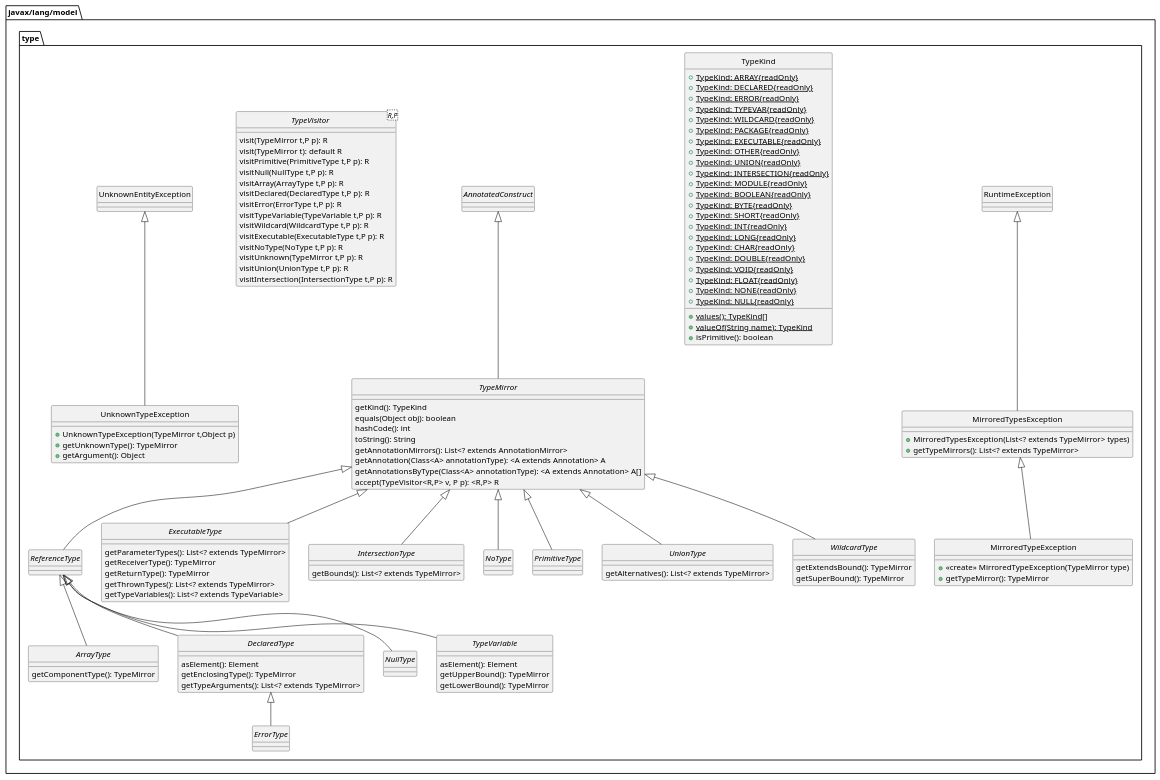
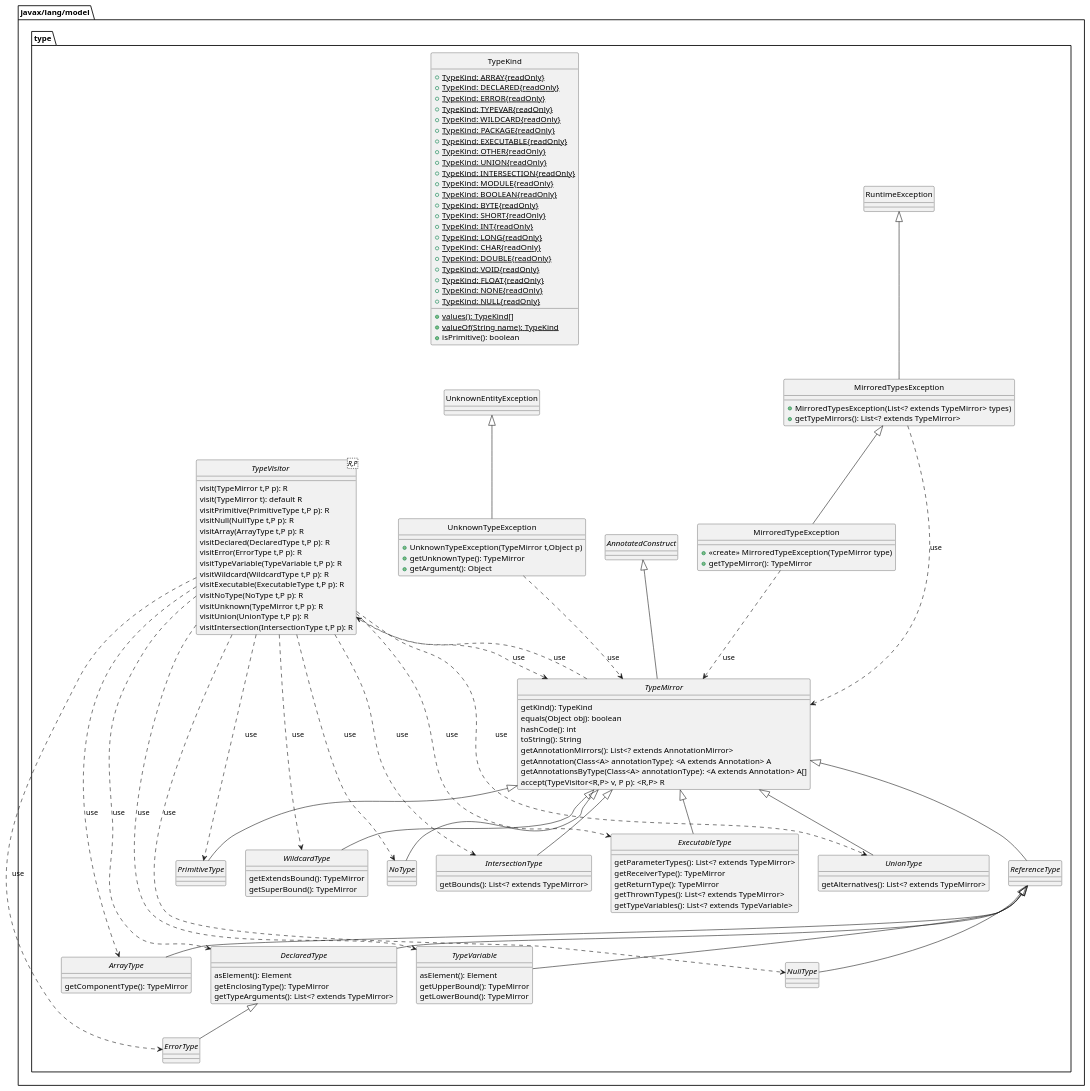
The diagram in uml/DCC javax.lang.model.type.puml (Lykomonix/API-JAVAtoPUML), drawn with PlantUML before and after one commit.

Commit message:
[*]ajout du DCC de javax.lang.model.type

```diff
--- a/uml/DCC javax.lang.model.type.puml
+++ b/uml/DCC javax.lang.model.type.puml
@@ -1,158 +1,176 @@
 @startuml
 'https://plantuml.com/sequence-diagram
 skinparam style Strictuml
 
 
 package javax/lang/model.type
 {
     interface ArrayType extends ReferenceType
     {
         getComponentType(): TypeMirror
     }
 
     interface DeclaredType extends ReferenceType
     {
         asElement(): Element
         getEnclosingType(): TypeMirror
         getTypeArguments(): List<? extends TypeMirror>
     }
 
     interface ErrorType extends DeclaredType
     {
 
     }
 
     interface ExecutableType extends TypeMirror
     {
         getParameterTypes(): List<? extends TypeMirror>
         getReceiverType(): TypeMirror
         getReturnType(): TypeMirror
         getThrownTypes(): List<? extends TypeMirror>
         getTypeVariables(): List<? extends TypeVariable>
     }
 
     interface IntersectionType extends TypeMirror
     {
         getBounds(): List<? extends TypeMirror>
     }
 
     class MirroredTypeException extends MirroredTypesException
     {
         + <<create>> MirroredTypeException(TypeMirror type)
         + getTypeMirror(): TypeMirror
     }
 
     class MirroredTypesException extends RuntimeException
     {
         + MirroredTypesException(List<? extends TypeMirror> types)
         + getTypeMirrors(): List<? extends TypeMirror>
     }
 
     interface NoType extends TypeMirror
     {
 
     }
 
     interface NullType extends ReferenceType
     {
 
     }
 
     interface PrimitiveType extends TypeMirror
     {
 
     }
 
     interface ReferenceType extends TypeMirror
     {
 
     }
 
     enum TypeKind
     {
         {static}+TypeKind: ARRAY{readOnly}
         {static}+TypeKind: DECLARED{readOnly}
         {static}+TypeKind: ERROR{readOnly}
         {static}+TypeKind: TYPEVAR{readOnly}
         {static}+TypeKind: WILDCARD{readOnly}
         {static}+TypeKind: PACKAGE{readOnly}
         {static}+TypeKind: EXECUTABLE{readOnly}
         {static}+TypeKind: OTHER{readOnly}
         {static}+TypeKind: UNION{readOnly}
         {static}+TypeKind: INTERSECTION{readOnly}
         {static}+TypeKind: MODULE{readOnly}
         {static}+TypeKind: BOOLEAN{readOnly}
         {static}+TypeKind: BYTE{readOnly}
         {static}+TypeKind: SHORT{readOnly}
         {static}+TypeKind: INT{readOnly}
         {static}+TypeKind: LONG{readOnly}
         {static}+TypeKind: CHAR{readOnly}
         {static}+TypeKind: DOUBLE{readOnly}
         {static}+TypeKind: VOID{readOnly}
         {static}+TypeKind: FLOAT{readOnly}
         {static}+TypeKind: NONE{readOnly}
         {static}+TypeKind: NULL{readOnly}
         {static}+values(): TypeKind[]
         {static}+valueOf(String name): TypeKind
         +isPrimitive(): boolean
     }
 
     interface TypeMirror extends AnnotatedConstruct
     {
         getKind(): TypeKind
         equals(Object obj): boolean
         hashCode(): int
         toString(): String
         getAnnotationMirrors(): List<? extends AnnotationMirror>
         getAnnotation(Class<A> annotationType): <A extends Annotation> A
         getAnnotationsByType(Class<A> annotationType): <A extends Annotation> A[]
         accept(TypeVisitor<R,P> v, P p): <R,P> R
     }
 
     interface TypeVariable extends ReferenceType
     {
         asElement(): Element
         getUpperBound(): TypeMirror
         getLowerBound(): TypeMirror
     }
 
     interface TypeVisitor<R,P>
     {
         visit(TypeMirror t,P p): R
         visit(TypeMirror t): default R
         visitPrimitive(PrimitiveType t,P p): R
         visitNull(NullType t,P p): R
         visitArray(ArrayType t,P p): R
         visitDeclared(DeclaredType t,P p): R
         visitError(ErrorType t,P p): R
         visitTypeVariable(TypeVariable t,P p): R
         visitWildcard(WildcardType t,P p): R
         visitExecutable(ExecutableType t,P p): R
         visitNoType(NoType t,P p): R
         visitUnknown(TypeMirror t,P p): R
         visitUnion(UnionType t,P p): R
         visitIntersection(IntersectionType t,P p): R
     }
 
     interface UnionType extends TypeMirror
     {
         getAlternatives(): List<? extends TypeMirror>
     }
 
     class UnknownTypeException extends UnknownEntityException
     {
         +UnknownTypeException(TypeMirror t,Object p)
         +getUnknownType(): TypeMirror
         +getArgument(): Object
     }
 
     interface WildcardType extends TypeMirror
     {
         getExtendsBound(): TypeMirror
         getSuperBound(): TypeMirror
     }
+
+    MirroredTypeException ..> TypeMirror : use
+    MirroredTypesException ..> TypeMirror : use
+    TypeMirror ..> TypeVisitor : use
+    TypeVisitor ..> TypeMirror : use
+    TypeVisitor ..> ArrayType : use
+    TypeVisitor ..> DeclaredType : use
+    TypeVisitor ..> ErrorType : use
+    TypeVisitor ..> ExecutableType : use
+    TypeVisitor ..> IntersectionType : use
+    TypeVisitor ..> NoType : use
+    TypeVisitor ..> NullType : use
+    TypeVisitor ..> PrimitiveType : use
+    TypeVisitor ..> TypeVariable : use
+    TypeVisitor ..> UnionType : use
+    TypeVisitor ..> WildcardType : use
+    UnknownTypeException ..> TypeMirror : use
+
 }
 
 
 
 @enduml
```
